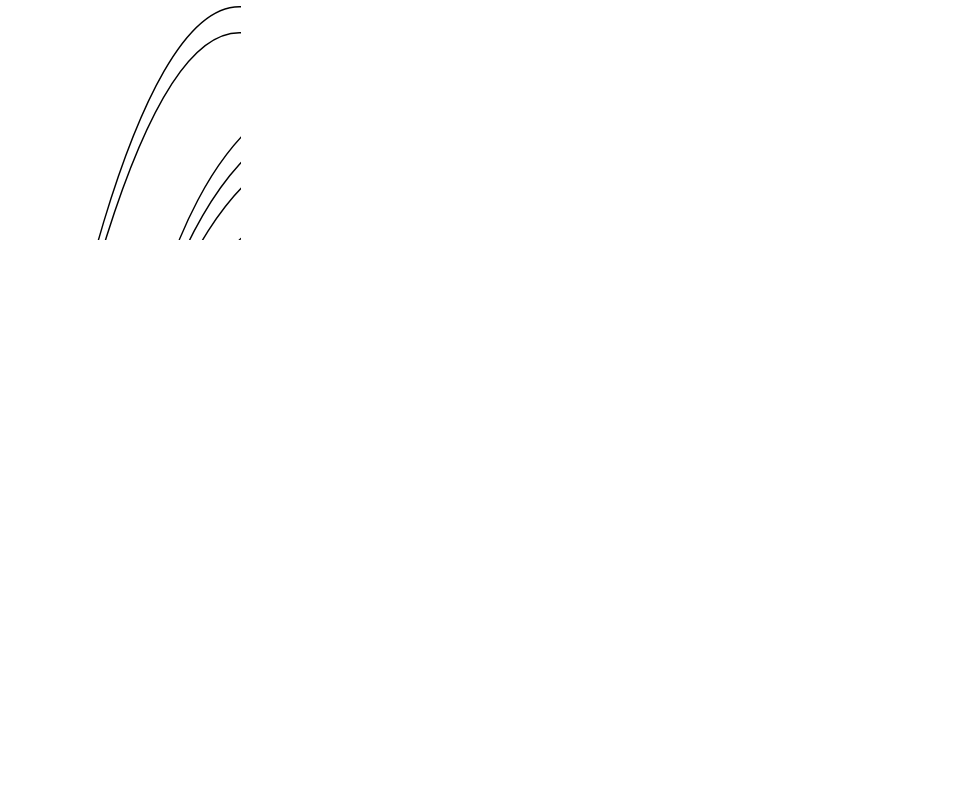
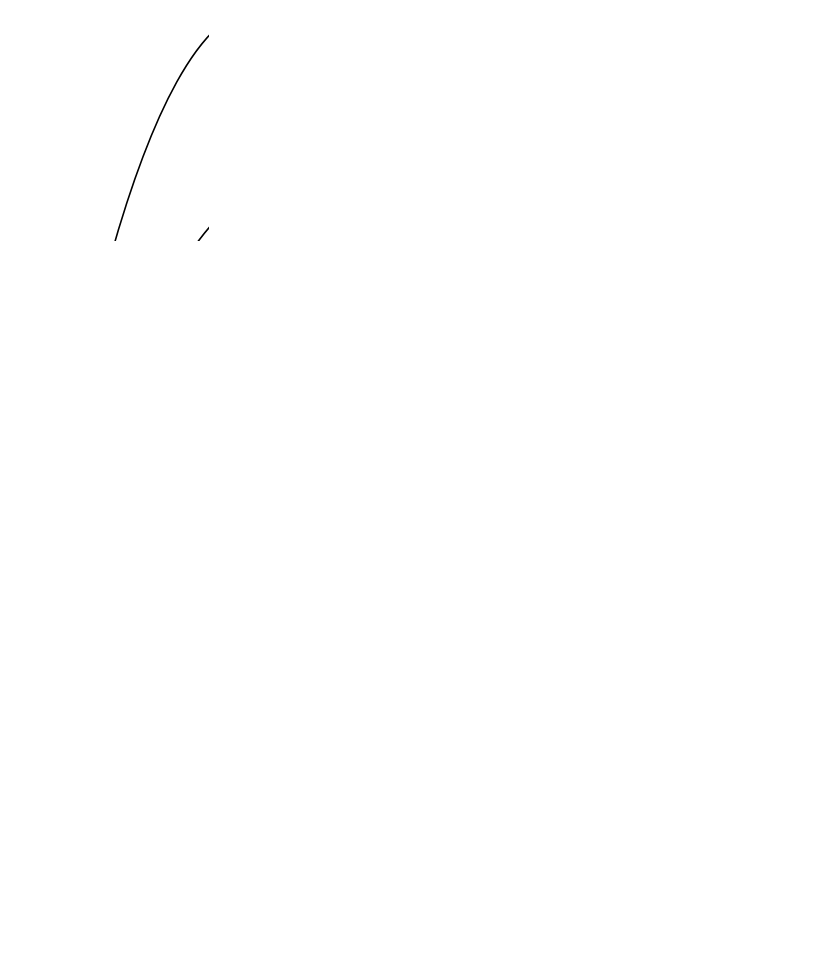
The diagram in graphs-networks/c-networks/first-random/graphviz/list_graph.dot (mickey-is-codin/data-structures), drawn with Graphviz before and after one commit. The commit also changed 8 other files, not shown here.

```diff
--- a/graphs-networks/c-networks/first-random/graphviz/list_graph.dot
+++ b/graphs-networks/c-networks/first-random/graphviz/list_graph.dot
@@ -1,52 +1,52 @@
 graph unix {
 	graph [ dpi = 300 ];
 	node [shape=circle];
 	size="6,6";
 	rankdir="LR";
 
-	"0" -- "6"
+	"0" -- "7"
+	"0" -- "3"
+	"0" -- "2"
+	"0" -- "8"
 	"0" -- "4"
-	"0" -- "7"
-	"0" -- "8"
-	"0" -- "5"
-	"0" -- "3"
-	"0" -- "6"
-	"1" -- "9"
-	"1" -- "9"
-	"1" -- "4"
-	"2" -- "8"
+	"1" -- "3"
+	"1" -- "2"
+	"1" -- "2"
+	"1" -- "3"
+	"1" -- "3"
+	"1" -- "5"
+	"2" -- "1"
 	"2" -- "4"
+	"3" -- "0"
 	"3" -- "2"
-	"3" -- "6"
-	"3" -- "6"
-	"3" -- "7"
+	"3" -- "4"
+	"3" -- "4"
+	"3" -- "4"
+	"4" -- "8"
+	"4" -- "9"
+	"4" -- "5"
+	"4" -- "6"
+	"4" -- "5"
 	"4" -- "7"
-	"4" -- "6"
-	"4" -- "0"
-	"4" -- "2"
-	"4" -- "5"
-	"5" -- "8"
-	"5" -- "4"
-	"5" -- "3"
+	"5" -- "7"
 	"5" -- "2"
-	"6" -- "4"
+	"5" -- "1"
+	"5" -- "2"
+	"5" -- "6"
+	"5" -- "1"
+	"5" -- "2"
+	"5" -- "7"
+	"6" -- "8"
 	"6" -- "5"
-	"6" -- "9"
-	"6" -- "4"
-	"6" -- "1"
-	"6" -- "7"
-	"6" -- "9"
-	"6" -- "7"
-	"6" -- "4"
-	"6" -- "5"
-	"6" -- "1"
-	"6" -- "5"
+	"6" -- "0"
+	"6" -- "3"
+	"7" -- "5"
+	"7" -- "1"
 	"7" -- "3"
-	"7" -- "6"
-	"7" -- "0"
-	"8" -- "2"
-	"8" -- "5"
-	"8" -- "5"
-	"8" -- "1"
-	"9" -- "5"
+	"8" -- "0"
+	"8" -- "0"
+	"8" -- "7"
+	"8" -- "3"
+	"9" -- "2"
+	"9" -- "0"
 }
```
